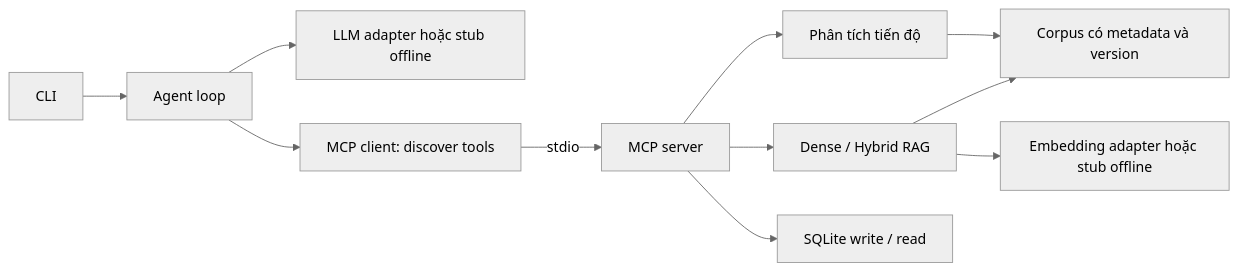
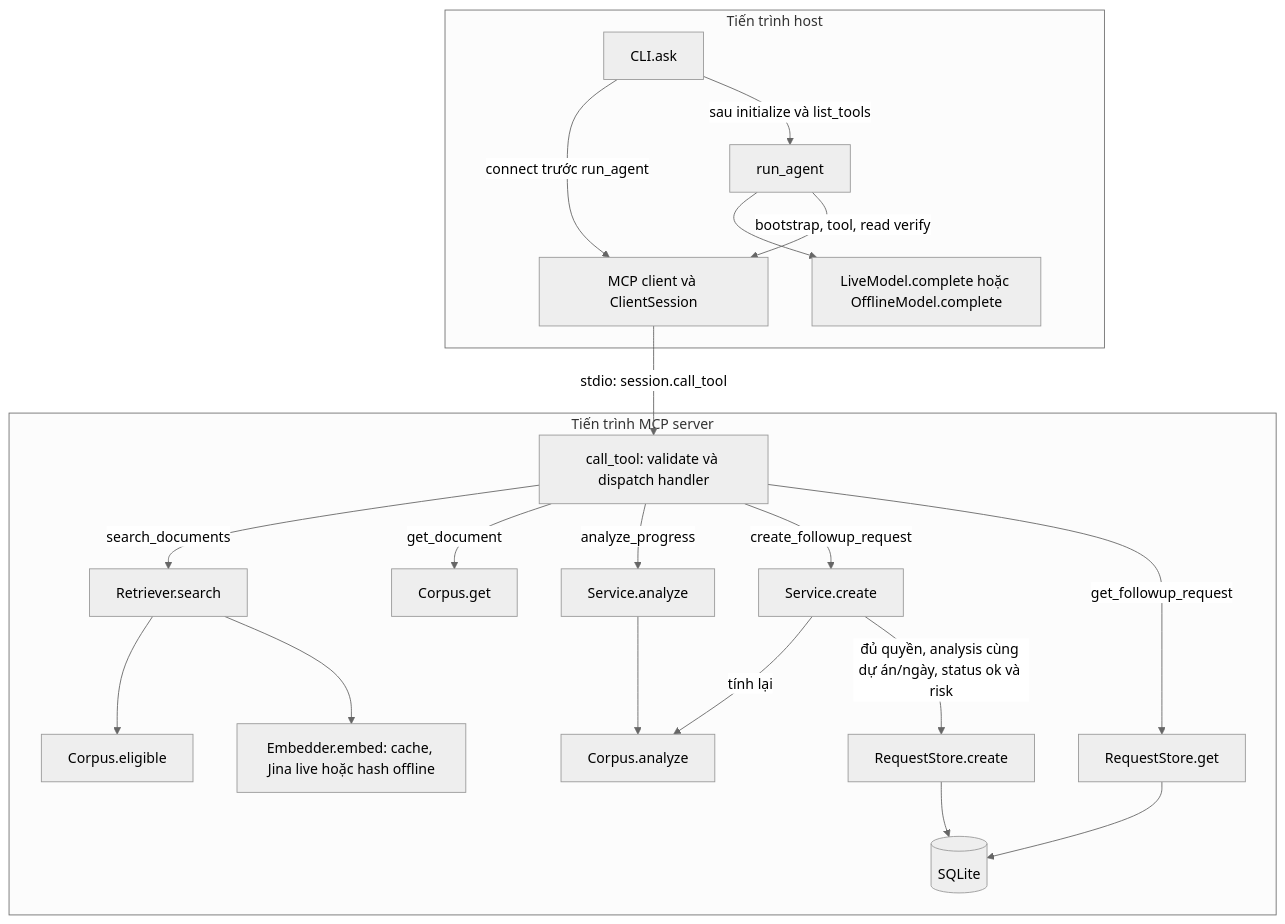
The diagram in docs/ARCHITECTURE.md (Diablo-Loc/aipr_final_project), drawn with Mermaid (neutral theme) before and after one commit. The commit also changed other lines of this file and 6 other files, not shown here.

````diff
--- a/docs/ARCHITECTURE.md
+++ b/docs/ARCHITECTURE.md
@@ -11,13 +11,25 @@
 ```mermaid
-flowchart LR
-    CLI[CLI] --> Agent[Agent loop]
-    Agent --> LLM[LLM adapter hoặc stub offline]
-    Agent --> Client[MCP client: discover tools]
-    Client -->|stdio| Server[MCP server]
-    Server --> RAG[Dense / Hybrid RAG]
-    Server --> Analysis[Phân tích tiến độ]
-    Server --> Store[SQLite write / read]
-    RAG --> Corpus[Corpus có metadata và version]
-    Analysis --> Corpus
-    RAG --> Embedding[Embedding adapter hoặc stub offline]
+flowchart TB
+    subgraph Host[Tiến trình host]
+        CLI[CLI.ask] -->|connect trước run_agent| Client[MCP client và ClientSession]
+        CLI -->|sau initialize và list_tools| Agent[run_agent]
+        Agent --> Model[LiveModel.complete hoặc OfflineModel.complete]
+        Agent -->|bootstrap, tool, read verify| Client
+    end
+    subgraph MCP[Tiến trình MCP server]
+        Server[call_tool: validate và dispatch handler]
+        Server -->|search_documents| RAG[Retriever.search]
+        Server -->|get_document| Get[Corpus.get]
+        Server -->|analyze_progress| Analysis[Service.analyze]
+        Server -->|create_followup_request| Write[Service.create]
+        Server -->|get_followup_request| Read[RequestStore.get]
+        RAG --> Eligible[Corpus.eligible]
+        RAG --> Embed[Embedder.embed: cache, Jina live hoặc hash offline]
+        Analysis --> Calculate[Corpus.analyze]
+        Write -->|tính lại| Calculate
+        Write -->|đủ quyền, analysis cùng dự án/ngày, status ok và risk| Save[RequestStore.create]
+        Save --> DB[(SQLite)]
+        Read --> DB
+    end
+    Client -->|stdio: session.call_tool| Server
 ```
````
